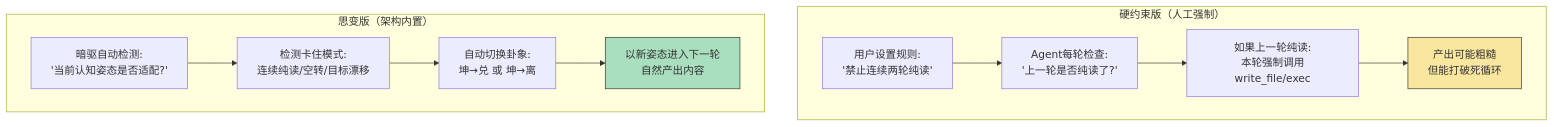
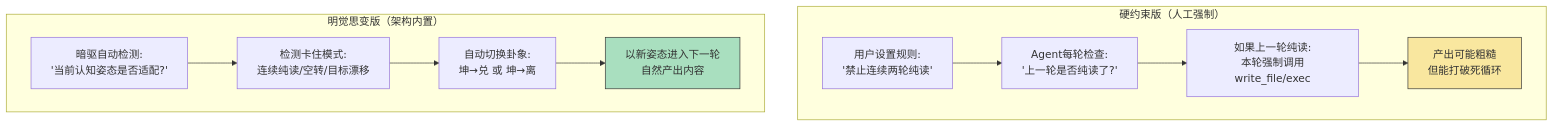
Before and after one commit to wenge6090-cell/Taiji: the second of 2 diagrams in docs/实战篇-17-从卡住到破局-六爻思变环节.md, drawn with Mermaid. The commit also changed other lines of this file and 163 other files, not shown here.

````diff
--- a/docs/实战篇-17-从卡住到破局-六爻思变环节.md
+++ b/docs/实战篇-17-从卡住到破局-六爻思变环节.md
@@ -220,17 +219,17 @@
 ```mermaid
 graph TB
     subgraph "硬约束版（人工强制）"
         A["用户设置规则:<br/>'禁止连续两轮纯读'"] --> B["Agent每轮检查:<br/>'上一轮是否纯读了?'"]
         B --> C["如果上一轮纯读:<br/>本轮强制调用write_file/exec"]
         C --> D["产出可能粗糙<br/>但能打破死循环"]
     end
     
-    subgraph "思变版（架构内置）"
+    subgraph "明觉思变版（架构内置）"
         E["暗驱自动检测:<br/>'当前认知姿态是否适配?'"] --> F["检测卡住模式:<br/>连续纯读/空转/目标漂移"]
         F --> G["自动切换卦象:<br/>坤→兑 或 坤→离"]
         G --> H["以新姿态进入下一轮<br/>自然产出内容"]
     end
     
     style D fill:#f9e79f,stroke:#333
     style H fill:#a9dfbf,stroke:#333
 ```
````
